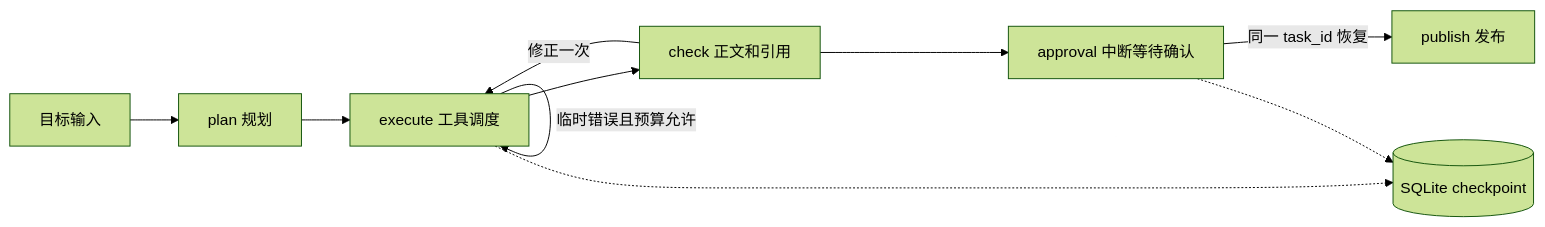
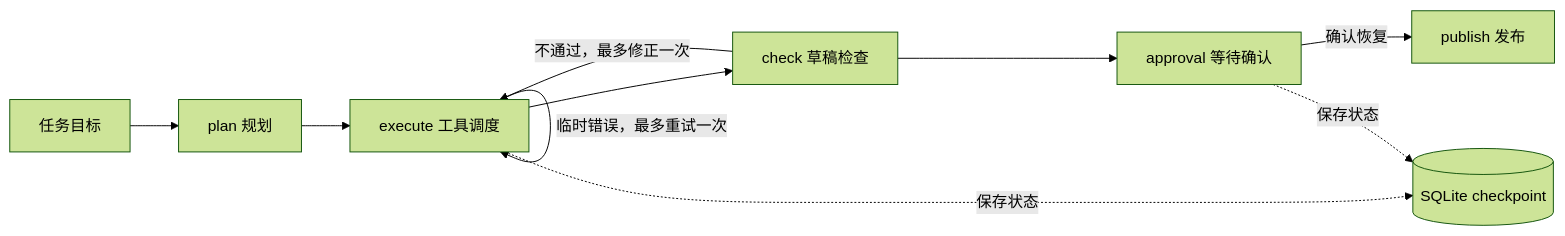
One commit to XinzheGao/llm-task-agent changed the diagram in README.md. Above: the diagram before and after it, drawn with Mermaid (forest theme). The commit also changed other lines of this file and 4 other files, not shown here.

````diff
--- a/README.md
+++ b/README.md
@@ -81,12 +60,12 @@
 ```mermaid
 flowchart LR
-    A[目标输入] --> B[plan 规划]
+    A[任务目标] --> B[plan 规划]
     B --> C[execute 工具调度]
-    C --> D[check 正文和引用]
-    C -->|临时错误且预算允许| C
-    D -->|修正一次| C
-    D --> E[approval 中断等待确认]
-    E -->|同一 task_id 恢复| F[publish 发布]
-    C -.-> S[(SQLite checkpoint)]
-    E -.-> S
+    C --> D[check 草稿检查]
+    C -->|临时错误，最多重试一次| C
+    D -->|不通过，最多修正一次| C
+    D --> E[approval 等待确认]
+    E -->|确认恢复| F[publish 发布]
+    C -. 保存状态 .-> S[(SQLite checkpoint)]
+    E -. 保存状态 .-> S
 ```
````
